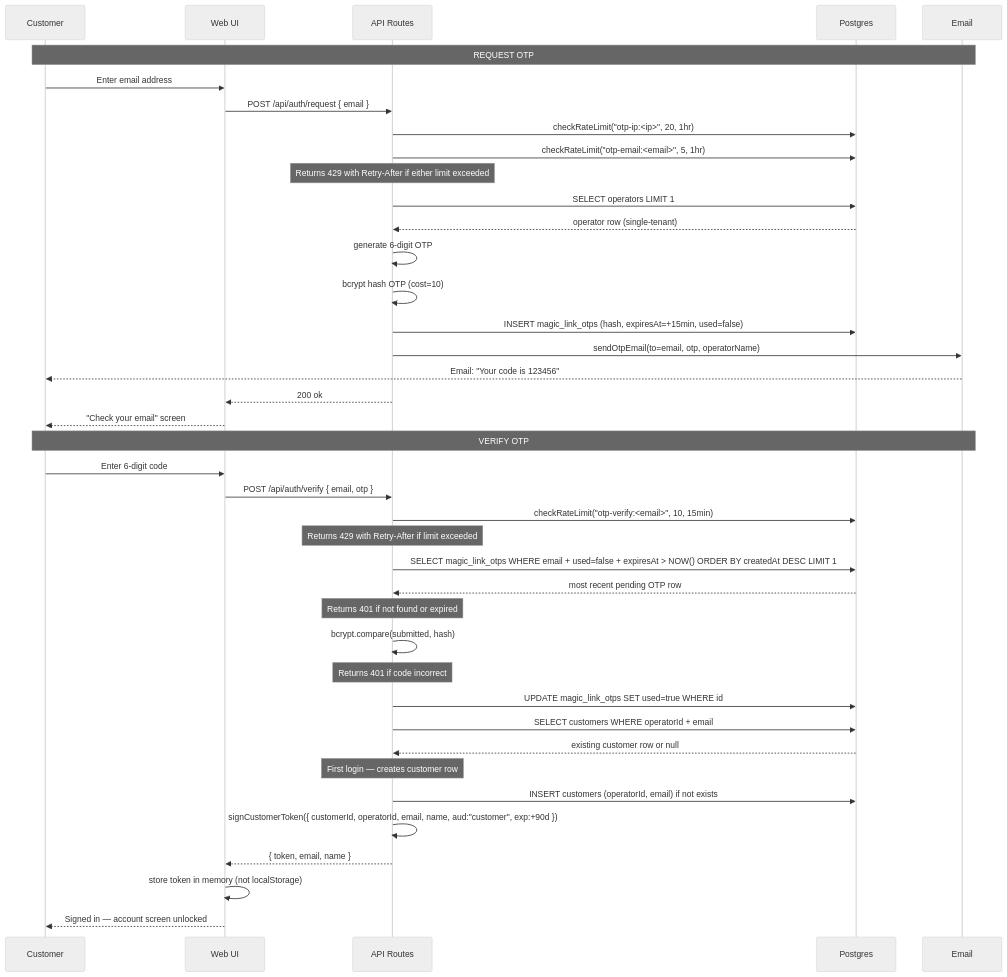
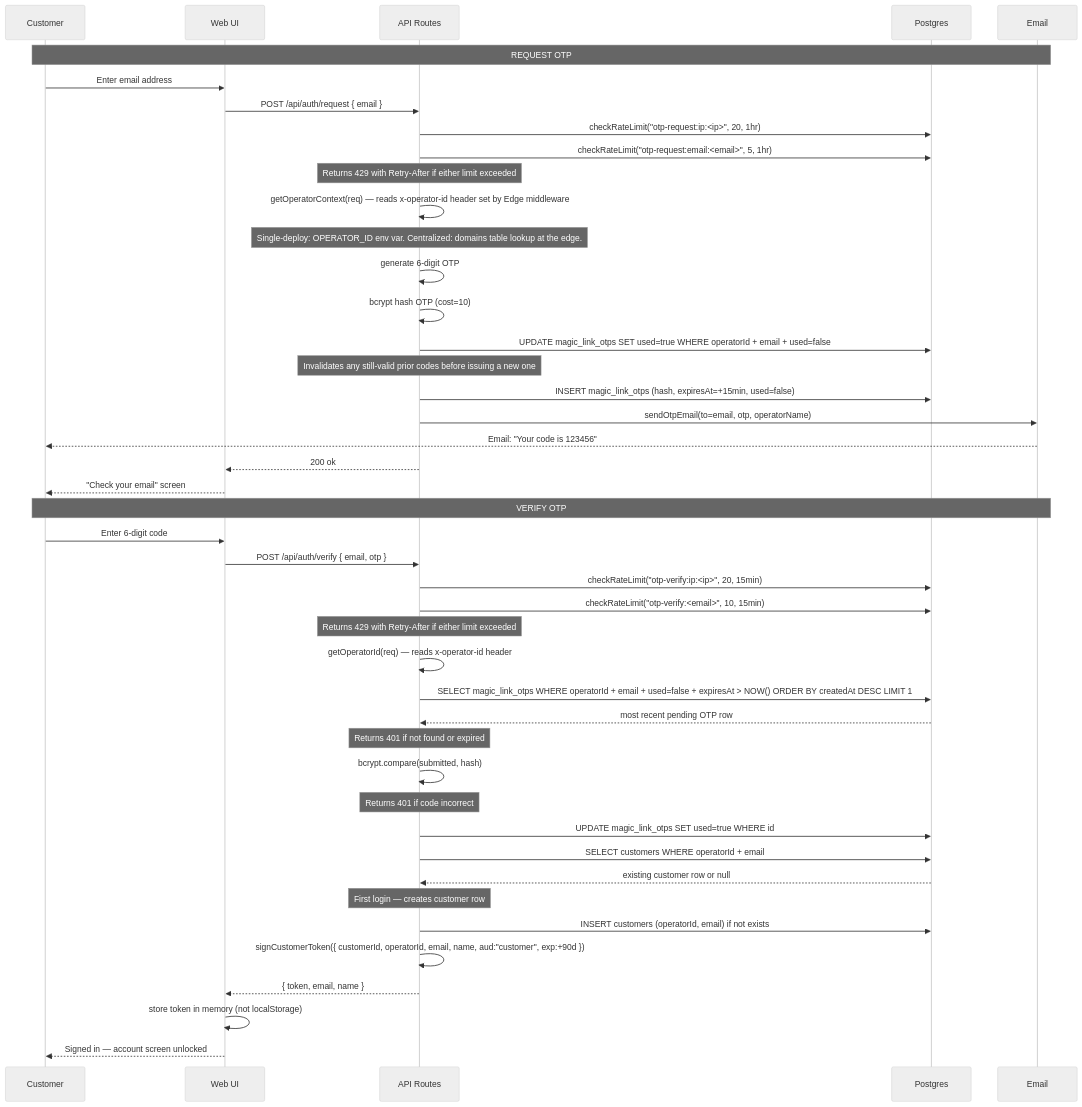
Before and after one commit to allonyaron/open-boat-fishing: the diagram in docs/auth-flow-sequence.md, drawn with Mermaid (neutral theme). The commit also changed other lines of this file and 11 other files, not shown here.

First line of the commit message:
Refresh mermaid/architecture docs to match centralized-mode code

````diff
--- a/docs/auth-flow-sequence.md
+++ b/docs/auth-flow-sequence.md
@@ -3,44 +3,48 @@
 ```mermaid
 sequenceDiagram
     participant C as Customer
     participant UI as Web UI
     participant API as API Routes
     participant DB as Postgres
     participant E as Email
 
     Note over C,E: REQUEST OTP
     C->>UI: Enter email address
     UI->>API: POST /api/auth/request { email }
-    API->>DB: checkRateLimit("otp-ip:<ip>", 20, 1hr)
-    API->>DB: checkRateLimit("otp-email:<email>", 5, 1hr)
+    API->>DB: checkRateLimit("otp-request:ip:<ip>", 20, 1hr)
+    API->>DB: checkRateLimit("otp-request:email:<email>", 5, 1hr)
     Note over API: Returns 429 with Retry-After if either limit exceeded
-    API->>DB: SELECT operators LIMIT 1
-    DB-->>API: operator row (single-tenant)
+    API->>API: getOperatorContext(req) — reads x-operator-id header set by Edge middleware
+    Note over API: Single-deploy: OPERATOR_ID env var. Centralized: domains table lookup at the edge.
     API->>API: generate 6-digit OTP
     API->>API: bcrypt hash OTP (cost=10)
+    API->>DB: UPDATE magic_link_otps SET used=true WHERE operatorId + email + used=false
+    Note over API: Invalidates any still-valid prior codes before issuing a new one
     API->>DB: INSERT magic_link_otps (hash, expiresAt=+15min, used=false)
     API->>E: sendOtpEmail(to=email, otp, operatorName)
     E-->>C: Email: "Your code is 123456"
     API-->>UI: 200 ok
     UI-->>C: "Check your email" screen
 
     Note over C,E: VERIFY OTP
     C->>UI: Enter 6-digit code
     UI->>API: POST /api/auth/verify { email, otp }
+    API->>DB: checkRateLimit("otp-verify:ip:<ip>", 20, 15min)
     API->>DB: checkRateLimit("otp-verify:<email>", 10, 15min)
-    Note over API: Returns 429 with Retry-After if limit exceeded
-    API->>DB: SELECT magic_link_otps WHERE email + used=false + expiresAt > NOW() ORDER BY createdAt DESC LIMIT 1
+    Note over API: Returns 429 with Retry-After if either limit exceeded
+    API->>API: getOperatorId(req) — reads x-operator-id header
+    API->>DB: SELECT magic_link_otps WHERE operatorId + email + used=false + expiresAt > NOW() ORDER BY createdAt DESC LIMIT 1
     DB-->>API: most recent pending OTP row
     Note over API: Returns 401 if not found or expired
     API->>API: bcrypt.compare(submitted, hash)
     Note over API: Returns 401 if code incorrect
     API->>DB: UPDATE magic_link_otps SET used=true WHERE id
     API->>DB: SELECT customers WHERE operatorId + email
     DB-->>API: existing customer row or null
     Note over API: First login — creates customer row
     API->>DB: INSERT customers (operatorId, email) if not exists
     API->>API: signCustomerToken({ customerId, operatorId, email, name, aud:"customer", exp:+90d })
     API-->>UI: { token, email, name }
     UI->>UI: store token in memory (not localStorage)
     UI-->>C: Signed in — account screen unlocked
 ```
````
